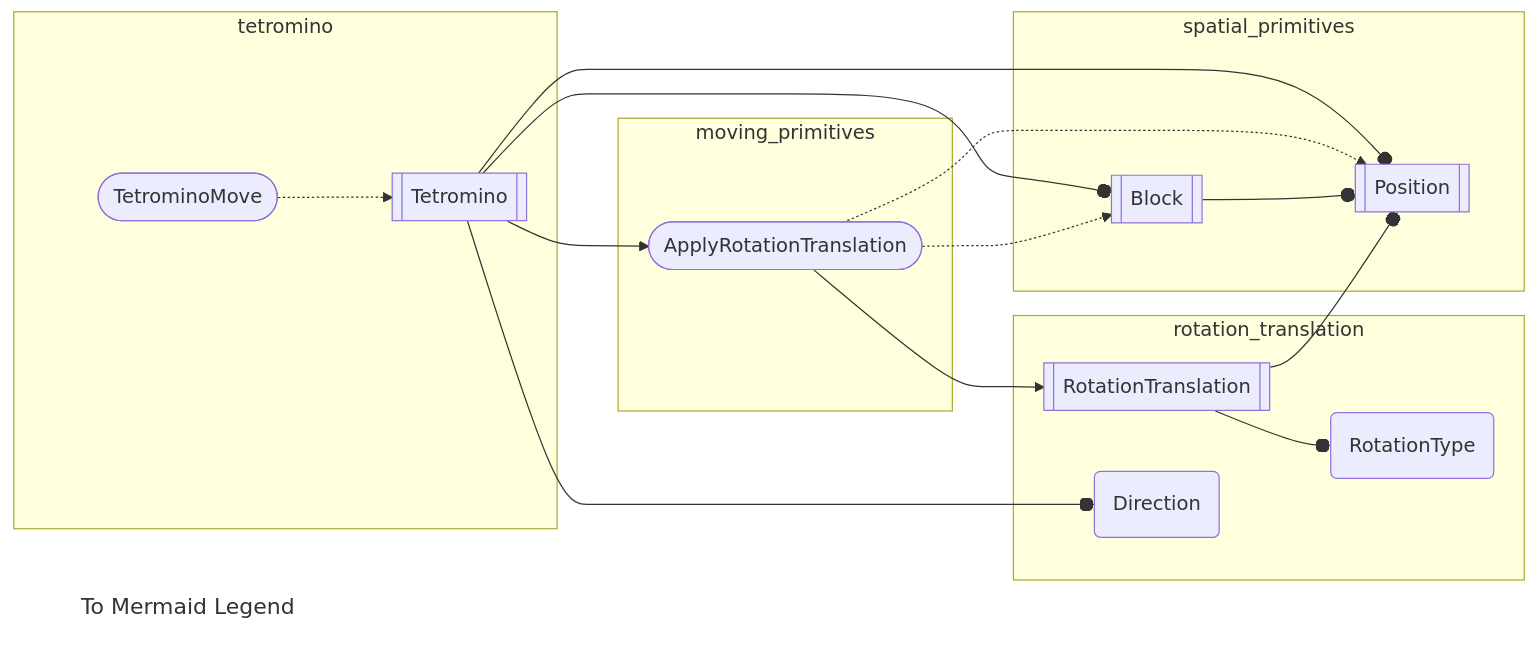
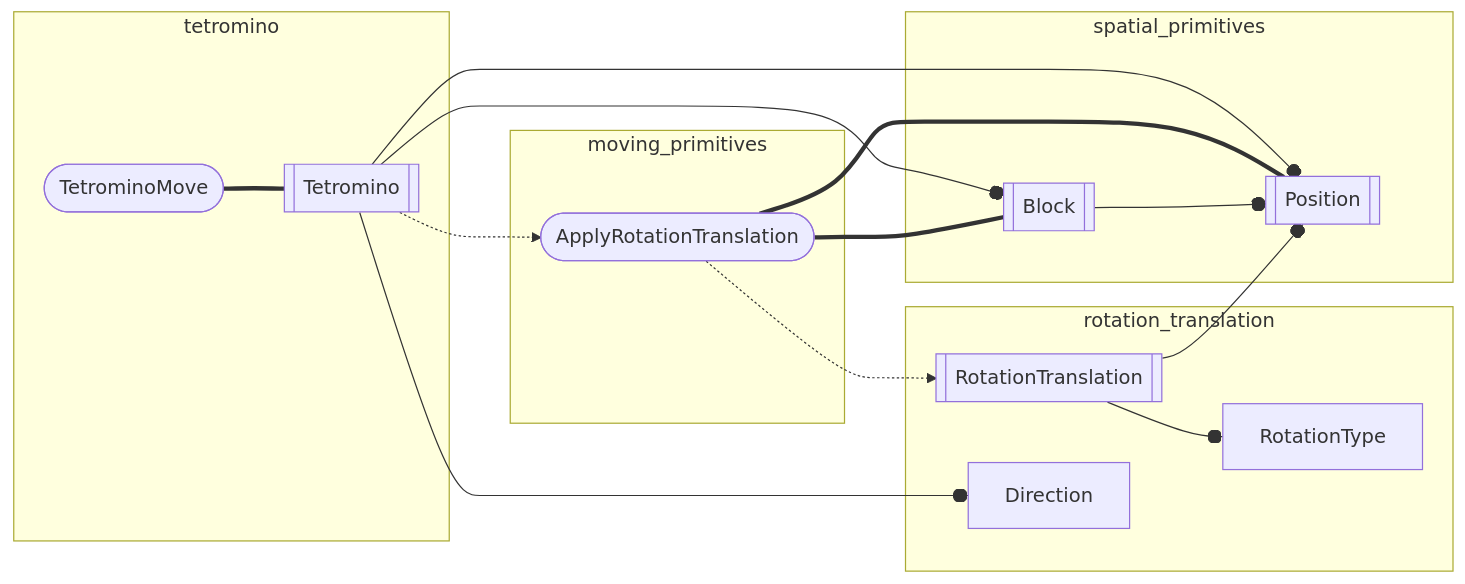
Before and after one commit to inesvar/tetris: the diagram in src/app/player/back_end/flowgraph.mmd, drawn with Mermaid. The commit also changed 2 other files, not shown here.

Commit message:
Update flowgraph

```diff
--- a/src/app/player/back_end/flowgraph.mmd
+++ b/src/app/player/back_end/flowgraph.mmd
@@ -1,47 +1,41 @@
 graph LR
     %% objects
     Position[[Position]]
     Block[[Block]]
     RotationTranslation[[RotationTranslation]]
-    RotationType(RotationType)
-    Direction(Direction)
+    RotationType[RotationType]
+    Direction[Direction]
     ApplyRotationTranslation([ApplyRotationTranslation])
     Tetromino[[Tetromino]]
     TetrominoMove([TetrominoMove])
 
     %% modules
     spatial_primitives[spatial_primitives]
     rotation_translation[rotation_translation]
     moving_primitives[moving_primitives]
     tetromino[tetromino]
-    
+
     subgraph spatial_primitives
         Block --o Position
     end
 
     subgraph rotation_translation
         RotationTranslation --o RotationType
         Direction
     end
 
     RotationTranslation --o Position
 
     subgraph moving_primitives
         ApplyRotationTranslation
     end
 
-    ApplyRotationTranslation -.-> Position & Block
-    ApplyRotationTranslation --> RotationTranslation
+    ApplyRotationTranslation === Position & Block
+    ApplyRotationTranslation -.-> RotationTranslation
 
     subgraph tetromino
-        TetrominoMove -.-> Tetromino
+        TetrominoMove === Tetromino
     end
 
     Tetromino --o Position & Block & Direction
-    Tetromino --> ApplyRotationTranslation
-
-    legend[To Mermaid Legend]
-
-    classDef noBorderFill stroke-width:0,fill:none,font-size:18px
-    class legend noBorderFill
-    click legend href "https://github.com/inesvar/tetris/blob/reorganize/README.md#mermaid-legend"
+    Tetromino -.-> ApplyRotationTranslation
```
